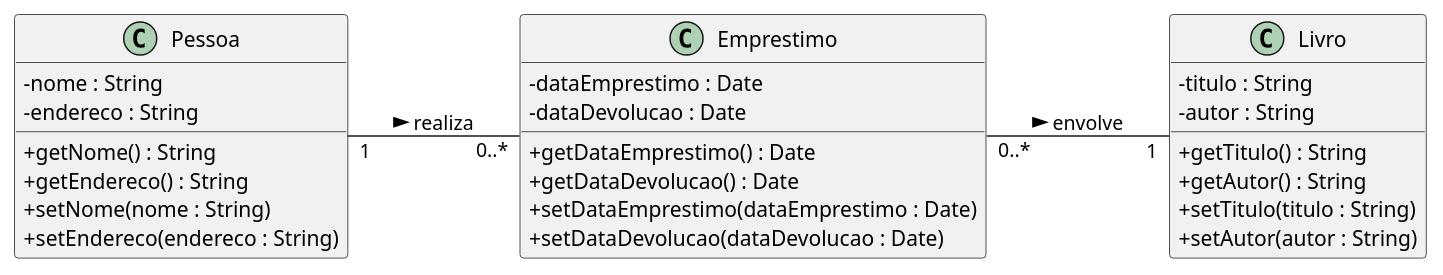
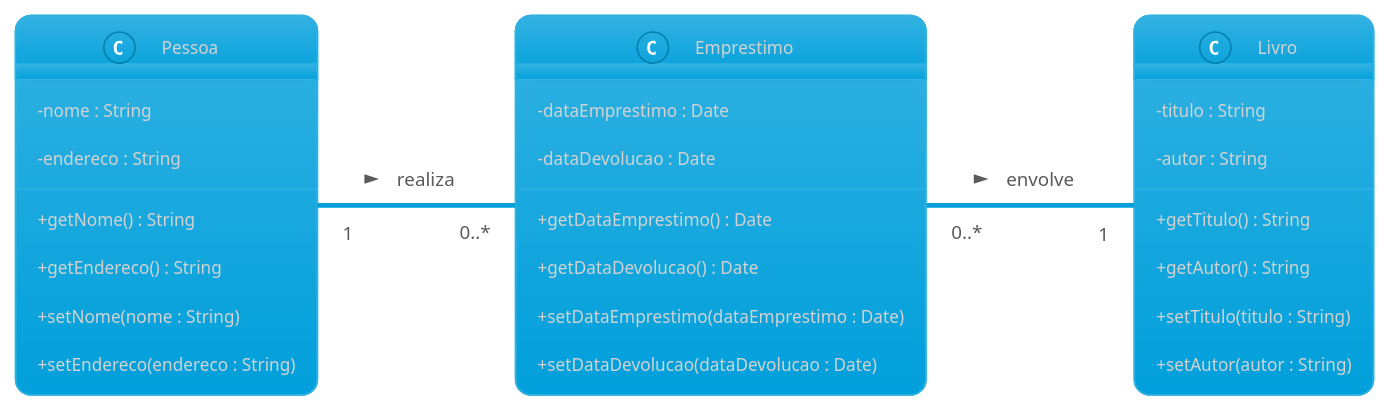
The diagram in UML/DiagramasEstruturais/Classes.puml (LeonardoVieiraGuimaraes/OrientacaoObjetos), drawn with PlantUML before and after one commit. The commit also changed 14 other files, not shown here.

```diff
--- a/UML/DiagramasEstruturais/Classes.puml
+++ b/UML/DiagramasEstruturais/Classes.puml
@@ -1,36 +1,35 @@
 @startuml DiagramaDeBiblioteca
-
-' !theme reddress-darkblue
+!theme bluegray
 left to right direction
 skinparam classAttributeIconSize 0
 class Pessoa {
   - nome : String
   - endereco : String
   + getNome() : String
   + getEndereco() : String
   + setNome(nome : String)
   + setEndereco(endereco : String)
 }
 
 class Livro {
   - titulo : String
   - autor : String
   + getTitulo() : String
   + getAutor() : String
   + setTitulo(titulo : String)
   + setAutor(autor : String)
 }
 
 class Emprestimo {
   - dataEmprestimo : Date
   - dataDevolucao : Date
   + getDataEmprestimo() : Date
   + getDataDevolucao() : Date
   + setDataEmprestimo(dataEmprestimo : Date)
   + setDataDevolucao(dataDevolucao : Date)
 }
 
 Pessoa "1" -- "0..*" Emprestimo : realiza >
 Emprestimo "0..*" -- "1" Livro : envolve >
 
 @enduml
```
